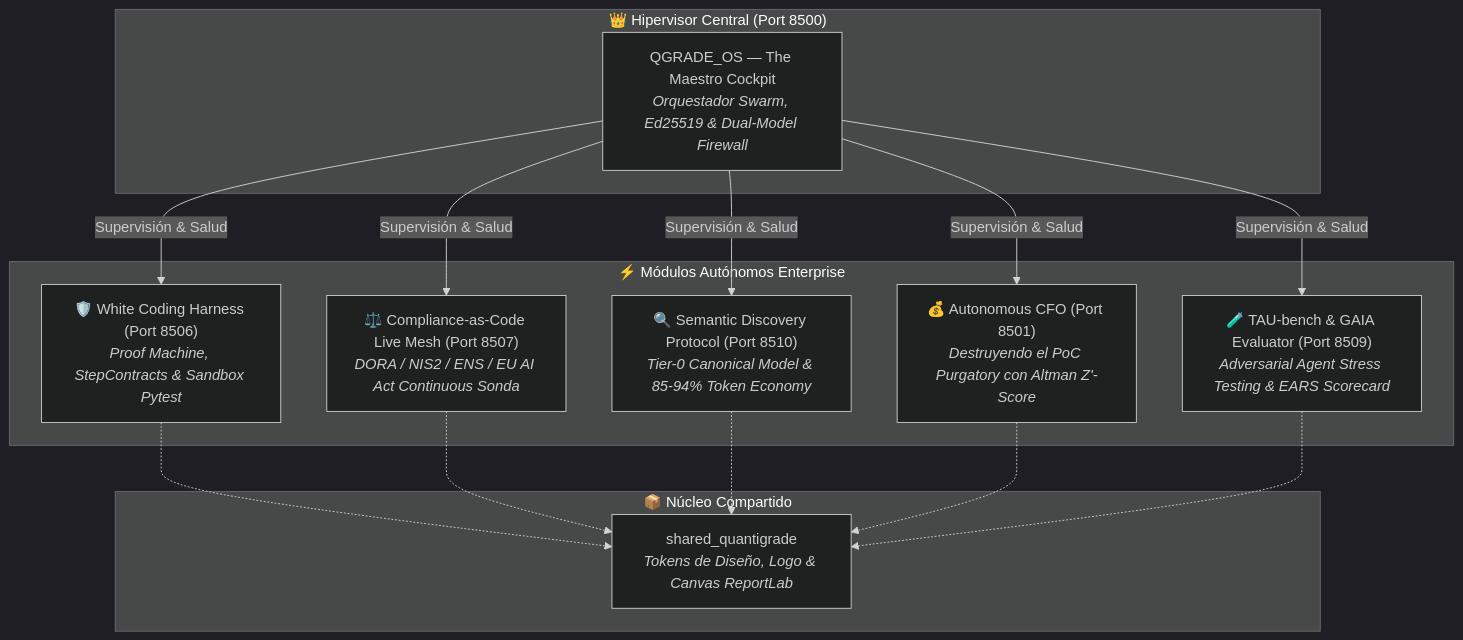
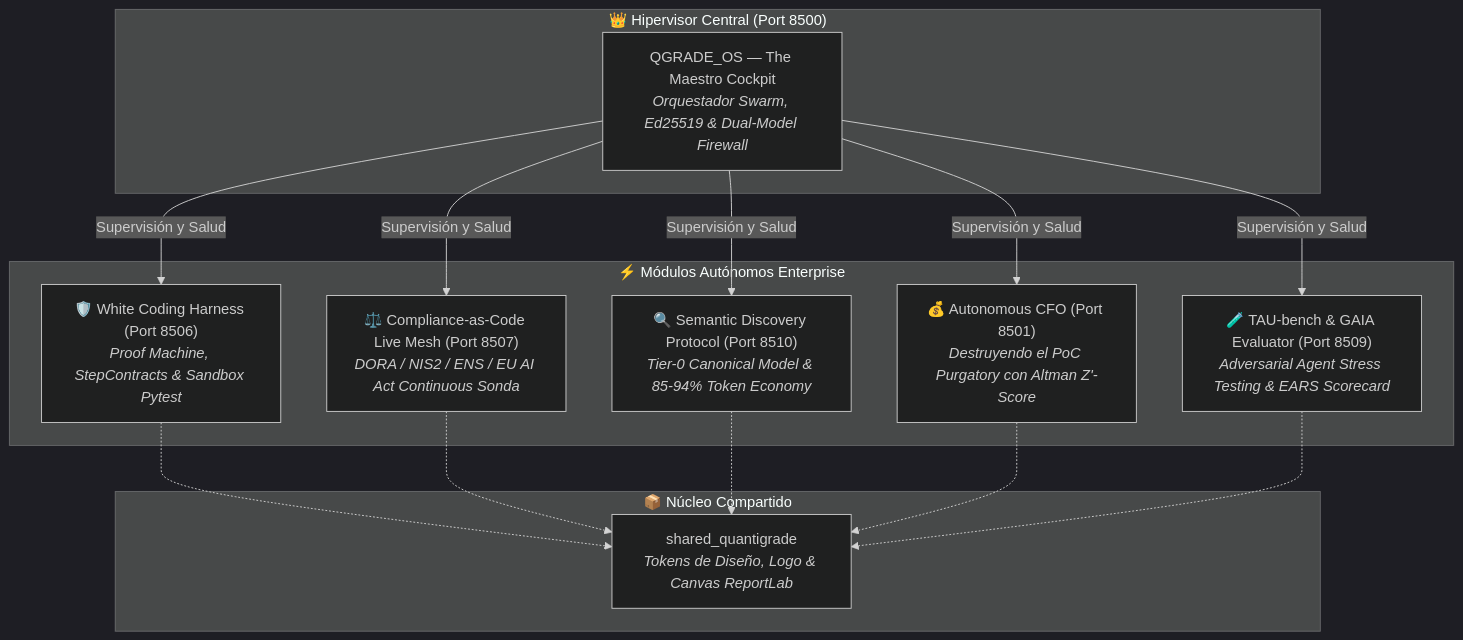
One commit to Tardigrado-76/Capgemini changed the diagram in README.md. Above: the diagram before and after it, drawn with Mermaid (dark theme). The commit also changed 11 other files, not shown here.

Commit message:
fix(docs): sanitize Mermaid diagram edge labels across all projects to ensure 100% GitHub rendering

````diff
--- a/README.md
+++ b/README.md
@@ -27,30 +27,30 @@
 ```mermaid
 graph TD
     subgraph Maestro ["👑 Hipervisor Central (Port 8500)"]
         QG["QGRADE_OS — The Maestro Cockpit<br/><i>Orquestador Swarm, Ed25519 & Dual-Model Firewall</i>"]
     end
 
     subgraph Projects ["⚡ Módulos Autónomos Enterprise"]
         WCH["🛡️ White Coding Harness (Port 8506)<br/><i>Proof Machine, StepContracts & Sandbox Pytest</i>"]
         CMP["⚖️ Compliance-as-Code Live Mesh (Port 8507)<br/><i>DORA / NIS2 / ENS / EU AI Act Continuous Sonda</i>"]
         SDP["🔍 Semantic Discovery Protocol (Port 8510)<br/><i>Tier-0 Canonical Model & 85-94% Token Economy</i>"]
         CFO["💰 Autonomous CFO (Port 8501)<br/><i>Destruyendo el PoC Purgatory con Altman Z'-Score</i>"]
         TAU["🧪 TAU-bench & GAIA Evaluator (Port 8509)<br/><i>Adversarial Agent Stress Testing & EARS Scorecard</i>"]
     end
 
     subgraph CoreLib ["📦 Núcleo Compartido"]
         LIB["shared_quantigrade<br/><i>Tokens de Diseño, Logo & Canvas ReportLab</i>"]
     end
 
-    QG -->|Supervisión & Salud| WCH
-    QG -->|Supervisión & Salud| CMP
-    QG -->|Supervisión & Salud| SDP
-    QG -->|Supervisión & Salud| CFO
-    QG -->|Supervisión & Salud| TAU
+    QG -->|Supervisión y Salud| WCH
+    QG -->|Supervisión y Salud| CMP
+    QG -->|Supervisión y Salud| SDP
+    QG -->|Supervisión y Salud| CFO
+    QG -->|Supervisión y Salud| TAU
 
     WCH -.-> LIB
     CMP -.-> LIB
     SDP -.-> LIB
     CFO -.-> LIB
     TAU -.-> LIB
 ```
````
